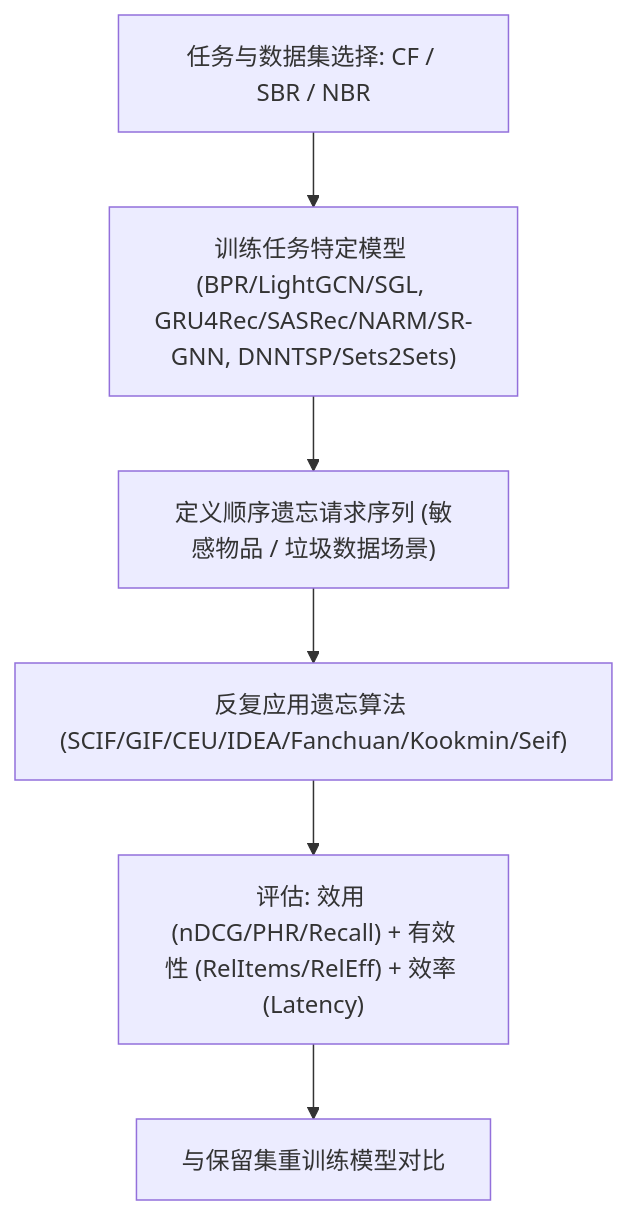
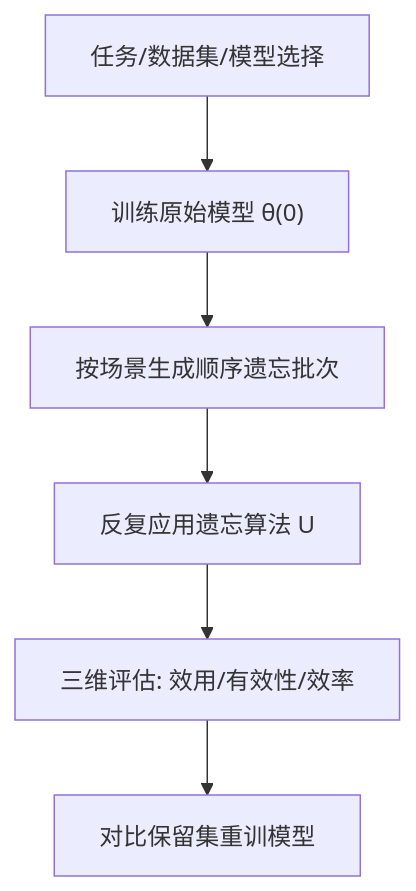
The diagram in docs/venues/SIGIR/2026/debias_fairness_industrial/erase_a_real_world_aligned_benchmark_for_unlearning_in_recommender_systems.md (jbdcia321vw/Paper-Notes), drawn with Mermaid before and after one commit. The commit also changed other lines of this file and 1119 other files, not shown here.

````diff
--- a/docs/venues/SIGIR/2026/debias_fairness_industrial/erase_a_real_world_aligned_benchmark_for_unlearning_in_recommender_systems.md
+++ b/docs/venues/SIGIR/2026/debias_fairness_industrial/erase_a_real_world_aligned_benchmark_for_unlearning_in_recommender_systems.md
@@ -56,8 +47,8 @@
 ```mermaid
 flowchart TD
-    A["任务与数据集选择: CF / SBR / NBR"] --> B["训练任务特定模型 (BPR/LightGCN/SGL, GRU4Rec/SASRec/NARM/SR-GNN, DNNTSP/Sets2Sets)"]
-    B --> C["定义顺序遗忘请求序列 (敏感物品 / 垃圾数据场景)"]
-    C --> D["反复应用遗忘算法 (SCIF/GIF/CEU/IDEA/Fanchuan/Kookmin/Seif)"]
-    D --> E["评估: 效用 (nDCG/PHR/Recall) + 有效性 (RelItems/RelEff) + 效率 (Latency)"]
-    E --> F["与保留集重训练模型对比"]
+    A["任务/数据集/模型选择"] --> B["训练原始模型 θ(0)"]
+    B --> C["按场景生成顺序遗忘批次"]
+    C --> D["反复应用遗忘算法 U"]
+    D --> E["三维评估: 效用/有效性/效率"]
+    E --> F["对比保留集重训模型"]
 ```
````
